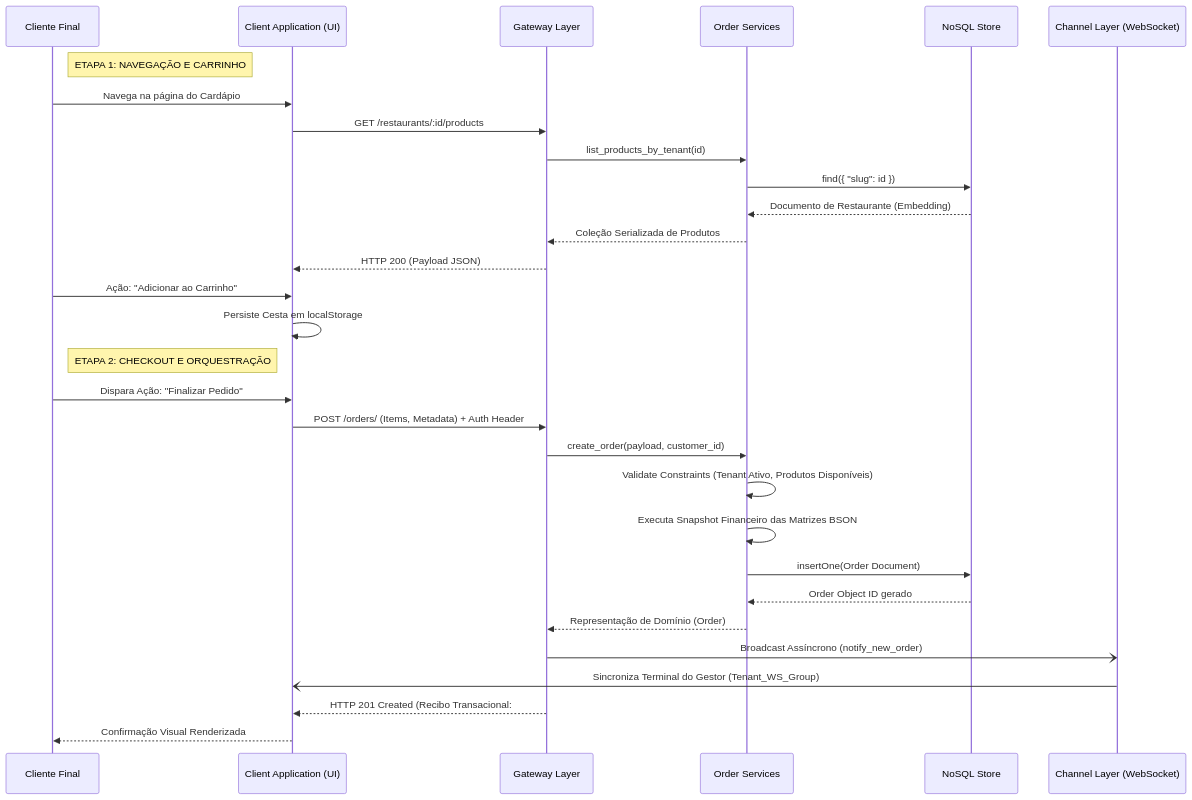
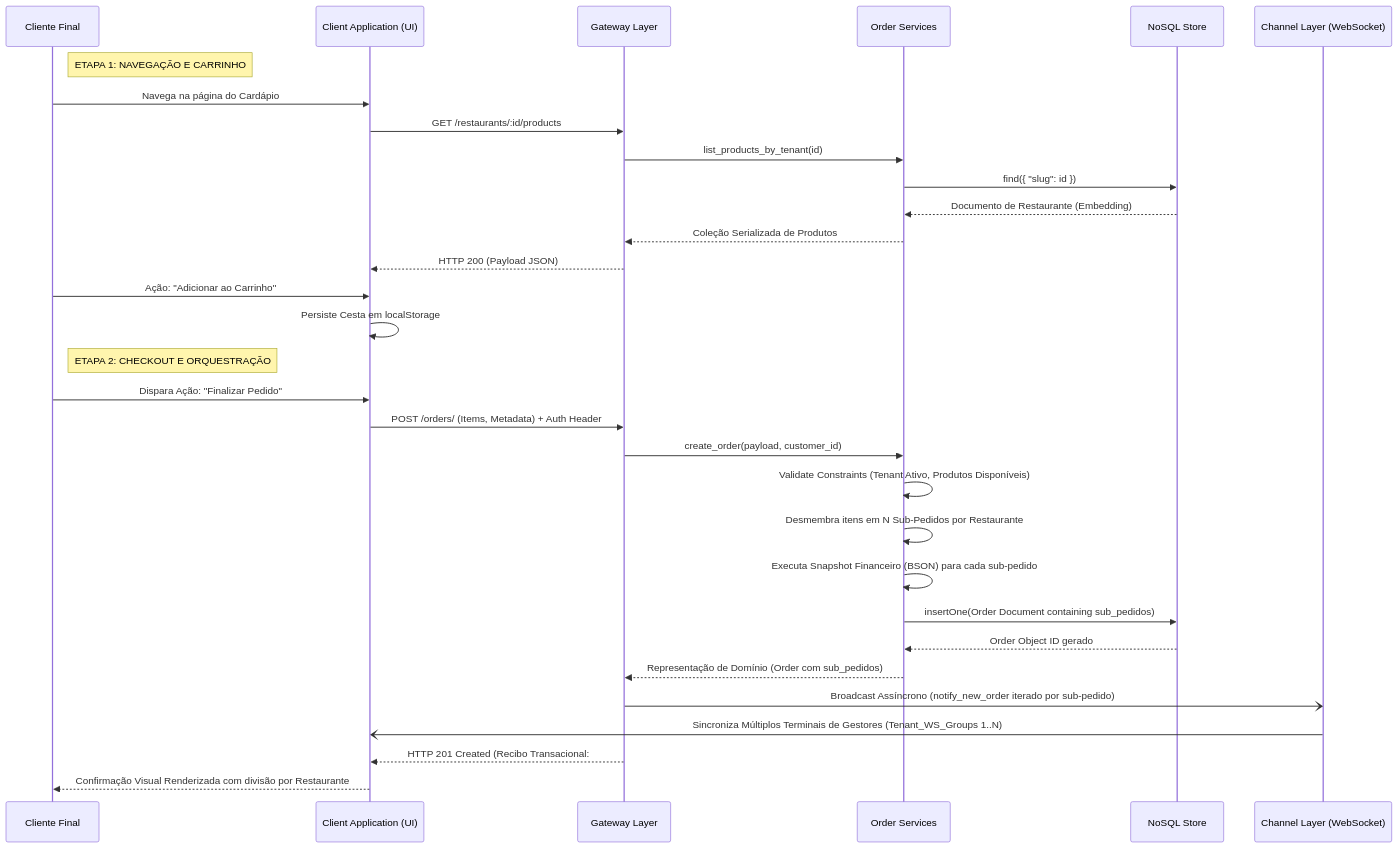
Before and after one commit to pedroprobst/cardapio_fabio: the first of 4 diagrams in docs/07-diagrama-de-sequencia.md, drawn with Mermaid. The commit also changed other lines of this file and 10 other files, not shown here.

````diff
--- a/docs/07-diagrama-de-sequencia.md
+++ b/docs/07-diagrama-de-sequencia.md
@@ -20,42 +20,43 @@
 ```mermaid
 sequenceDiagram
     participant C as Cliente Final
     participant UI as Client Application (UI)
     participant API as Gateway Layer
     participant Core as Order Services
     participant DB as NoSQL Store
     participant WS as Channel Layer (WebSocket)
 
     %% Estágio de Descoberta
     note right of C: ETAPA 1: NAVEGAÇÃO E CARRINHO
     C->>UI: Navega na página do Cardápio
     UI->>API: GET /restaurants/:id/products
     API->>Core: list_products_by_tenant(id)
     Core->>DB: find({ "slug": id })
     DB-->>Core: Documento de Restaurante (Embedding)
     Core-->>API: Coleção Serializada de Produtos
     API-->>UI: HTTP 200 (Payload JSON)
     C->>UI: Ação: "Adicionar ao Carrinho"
     UI->>UI: Persiste Cesta em localStorage
 
     %% Estágio de Transação
     note right of C: ETAPA 2: CHECKOUT E ORQUESTRAÇÃO
     C->>UI: Dispara Ação: "Finalizar Pedido"
     UI->>API: POST /orders/ (Items, Metadata) + Auth Header
     API->>Core: create_order(payload, customer_id)
     
     %% Validação de Integridade
     Core->>Core: Validate Constraints (Tenant Ativo, Produtos Disponíveis)
-    Core->>Core: Executa Snapshot Financeiro das Matrizes BSON
+    Core->>Core: Desmembra itens em N Sub-Pedidos por Restaurante
+    Core->>Core: Executa Snapshot Financeiro (BSON) para cada sub-pedido
     
-    Core->>DB: insertOne(Order Document)
+    Core->>DB: insertOne(Order Document containing sub_pedidos)
     DB-->>Core: Order Object ID gerado
-    Core-->>API: Representação de Domínio (Order)
+    Core-->>API: Representação de Domínio (Order com sub_pedidos)
     
     %% Comunicação Assíncrona (Event-driven)
-    API-)WS: Broadcast Assíncrono (notify_new_order)
-    WS-)UI: Sincroniza Terminal do Gestor (Tenant_WS_Group)
+    API-)WS: Broadcast Assíncrono (notify_new_order iterado por sub-pedido)
+    WS-)UI: Sincroniza Múltiplos Terminais de Gestores (Tenant_WS_Groups 1..N)
     
     API-->>UI: HTTP 201 Created (Recibo Transacional: #ORD-XXXX)
-    UI-->>C: Confirmação Visual Renderizada
+    UI-->>C: Confirmação Visual Renderizada com divisão por Restaurante
 ```
````
